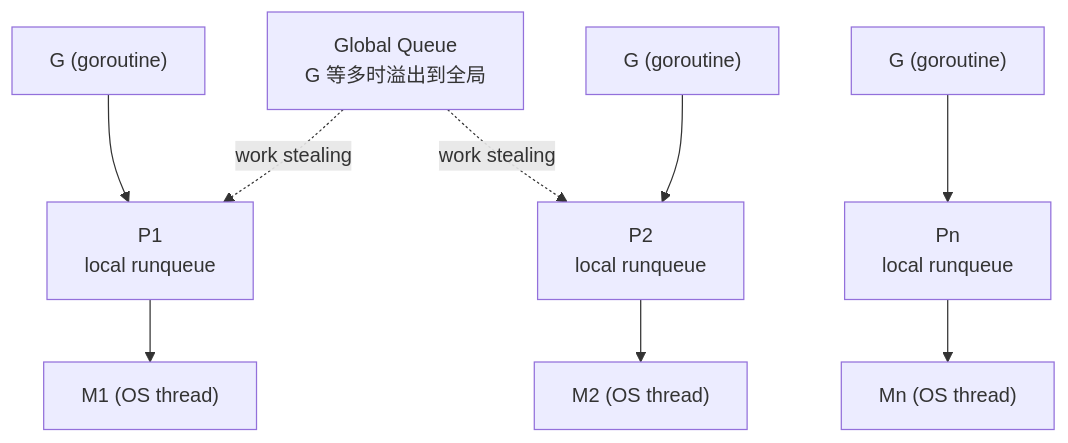
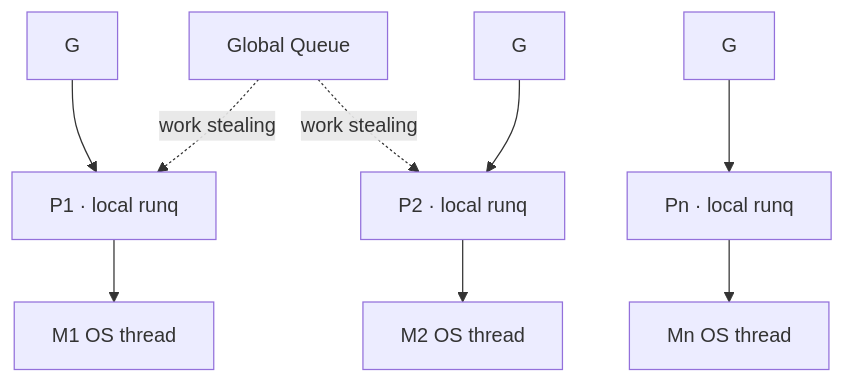
One commit to ml-cuizijun/LearnToLilith changed the second of 6 diagrams in 05-开发能力/03-Go/12-GOMAXPROCS与容器cgroup/知识点.md. Above: the diagram before and after it, drawn with Mermaid. The commit also changed other lines of this file and 178 other files, not shown here.

````diff
--- a/05-开发能力/03-Go/12-GOMAXPROCS与容器cgroup/知识点.md
+++ b/05-开发能力/03-Go/12-GOMAXPROCS与容器cgroup/知识点.md
@@ -198,12 +102,12 @@
 ```mermaid
 flowchart TB
-    GQ["Global Queue<br/>G 等多时溢出到全局"]
-    P1["P1<br/>local runqueue"] --> M1["M1 (OS thread)"]
-    P2["P2<br/>local runqueue"] --> M2["M2 (OS thread)"]
-    Pn["Pn<br/>local runqueue"] --> Mn["Mn (OS thread)"]
-    G1["G (goroutine)"] --> P1
-    G2["G (goroutine)"] --> P2
-    G3["G (goroutine)"] --> Pn
+    GQ["Global Queue"]
+    P1["P1 · local runq"] --> M1["M1 OS thread"]
+    P2["P2 · local runq"] --> M2["M2 OS thread"]
+    Pn["Pn · local runq"] --> Mn["Mn OS thread"]
+    G1["G"] --> P1
+    G2["G"] --> P2
+    G3["G"] --> Pn
     GQ -.->|"work stealing"| P1
     GQ -.->|"work stealing"| P2
 ```
````
